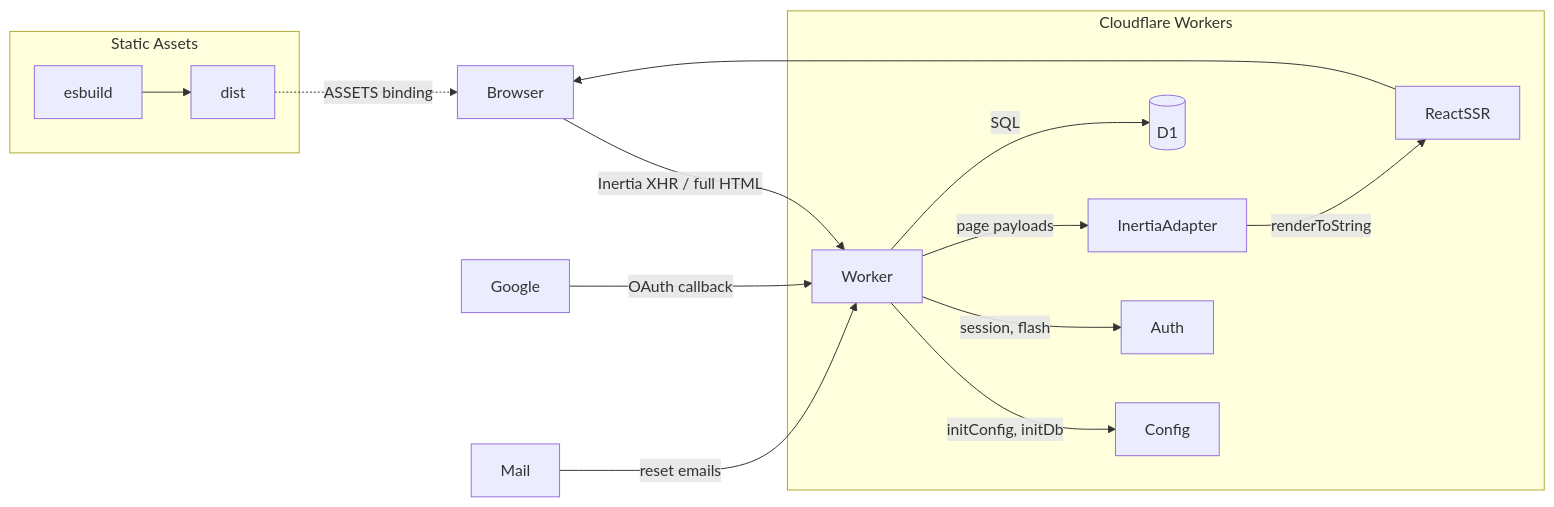
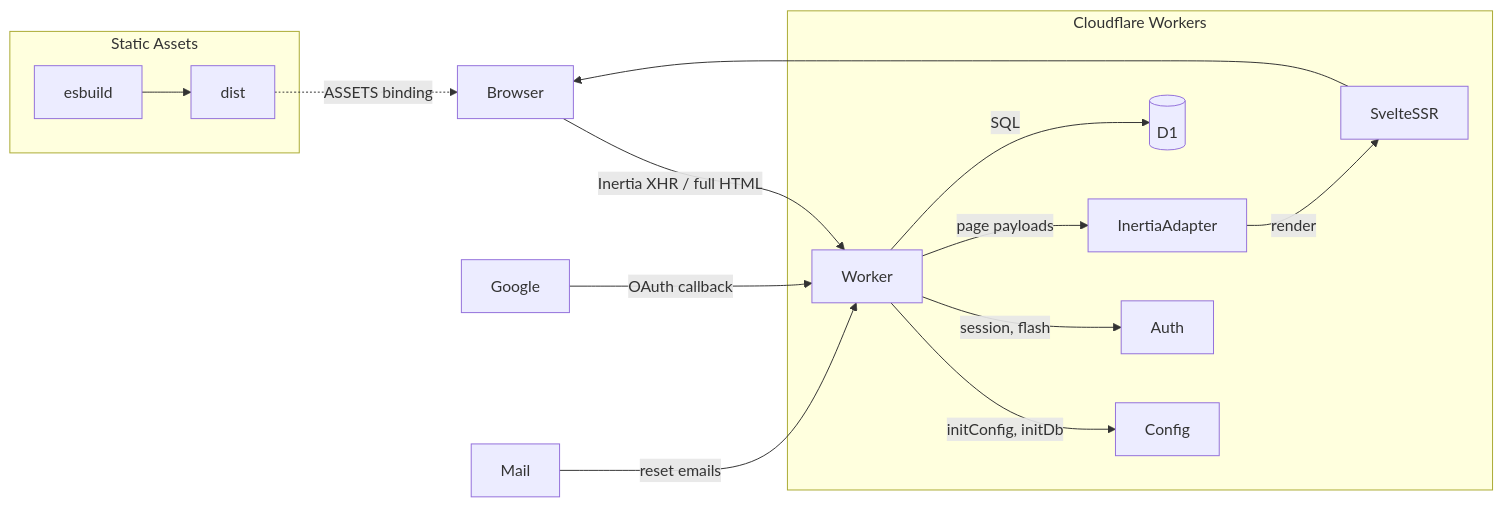
Before and after one commit to avathurrahman/kilat: the diagram in README.md, drawn with Mermaid. The commit also changed other lines of this file and 1 other file, not shown here.

Commit message:
docs: customize AGENTS.md and README.md for svelte-vanilla template

````diff
--- a/README.md
+++ b/README.md
@@ -16,18 +19,18 @@
 ```mermaid
 flowchart LR
   Browser -->|Inertia XHR / full HTML| Worker
   subgraph Cloudflare Workers
     Worker -->|initConfig, initDb| Config
     Worker -->|session, flash| Auth
     Worker -->|page payloads| InertiaAdapter
-    InertiaAdapter -->|renderToString| ReactSSR
+    InertiaAdapter -->|render| SvelteSSR
     Worker -->|SQL| D1[(D1)]
   end
-  ReactSSR --> Browser
+  SvelteSSR --> Browser
   Google -->|OAuth callback| Worker
   Mail -->|reset emails| Worker
   subgraph Static Assets
     esbuild --> dist
   end
   dist -.->|ASSETS binding| Browser
 ```
````
